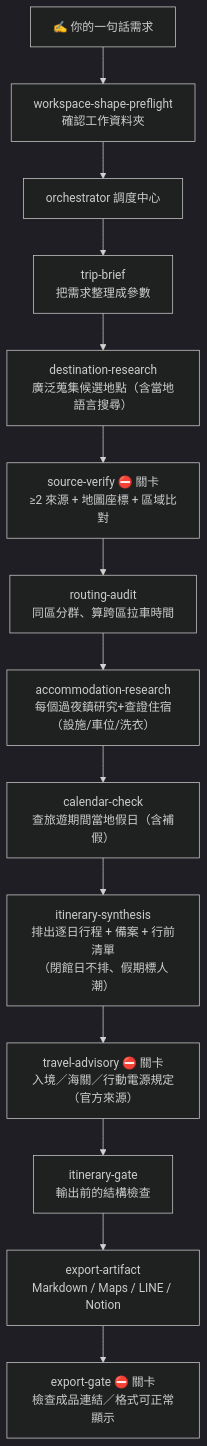
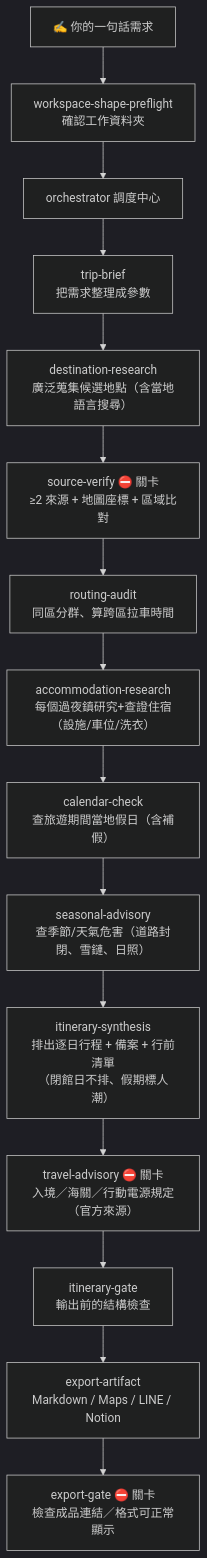
One commit to helping-ai-workflow/tripwork changed the diagram in README.md. Above: the diagram before and after it, drawn with Mermaid (dark theme). The commit also changed other lines of this file, not shown here.

Commit message:
docs(readme): add seasonal-advisory to pipeline, pain/§3/§4 rows

````diff
--- a/README.md
+++ b/README.md
@@ -96,17 +97,18 @@
 ```mermaid
 flowchart TB
     P["✍️ 你的一句話需求"]
     P --> WSP["workspace-shape-preflight<br/>確認工作資料夾"]
     WSP --> ORC["orchestrator 調度中心"]
     ORC --> TB["trip-brief<br/>把需求整理成參數"]
     TB --> DR["destination-research<br/>廣泛蒐集候選地點（含當地語言搜尋）"]
     DR --> SV["source-verify ⛔ 關卡<br/>≥2 來源 + 地圖座標 + 區域比對"]
     SV --> RA["routing-audit<br/>同區分群、算跨區拉車時間"]
     RA --> ACC["accommodation-research<br/>每個過夜鎮研究+查證住宿（設施/車位/洗衣）"]
     ACC --> CAL["calendar-check<br/>查旅遊期間當地假日（含補假）"]
-    CAL --> SYN["itinerary-synthesis<br/>排出逐日行程 + 備案 + 行前清單<br/>（閉館日不排、假期標人潮）"]
+    CAL --> SEA["seasonal-advisory<br/>查季節/天氣危害（道路封閉、雪鏈、日照）"]
+    SEA --> SYN["itinerary-synthesis<br/>排出逐日行程 + 備案 + 行前清單<br/>（閉館日不排、假期標人潮）"]
     SYN --> ADV["travel-advisory ⛔ 關卡<br/>入境／海關／行動電源規定（官方來源）"]
     ADV --> GATE["itinerary-gate<br/>輸出前的結構檢查"]
     GATE --> EXP["export-artifact<br/>Markdown / Maps / LINE / Notion"]
     EXP --> EGATE["export-gate ⛔ 關卡<br/>檢查成品連結／格式可正常顯示"]
 ```
````
